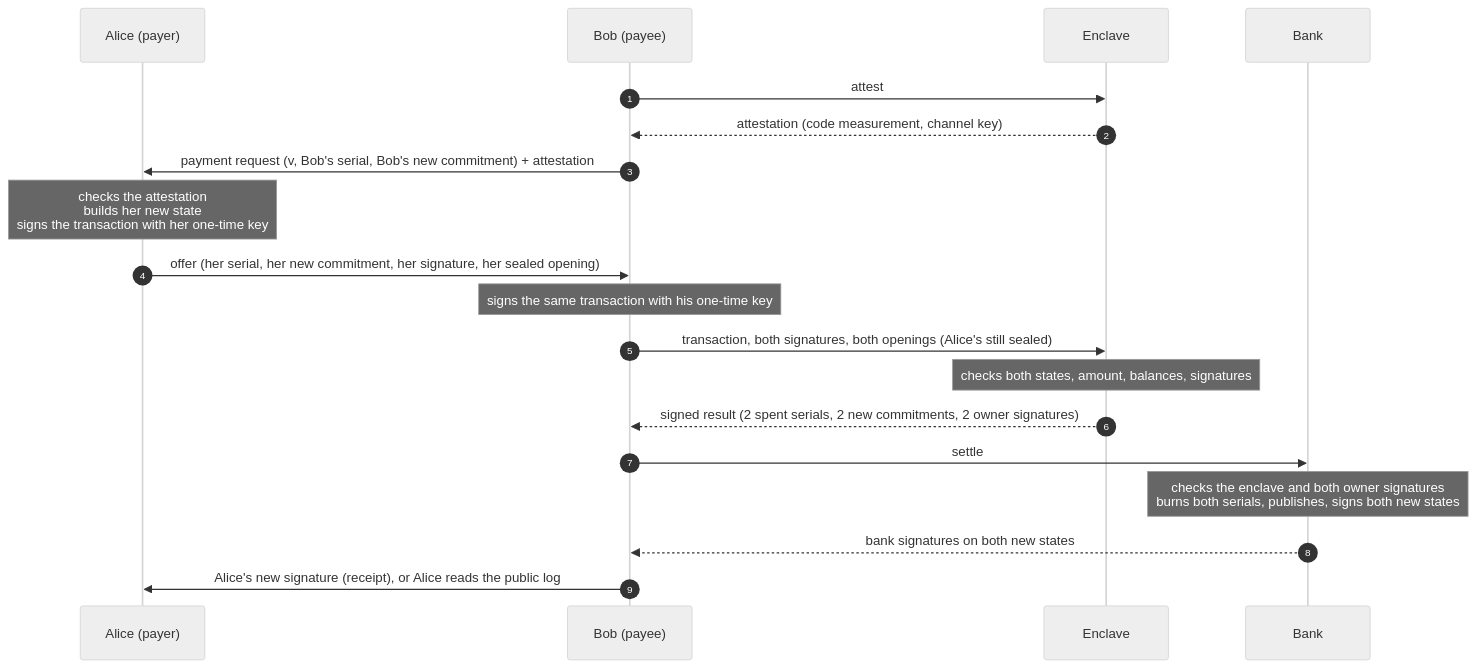
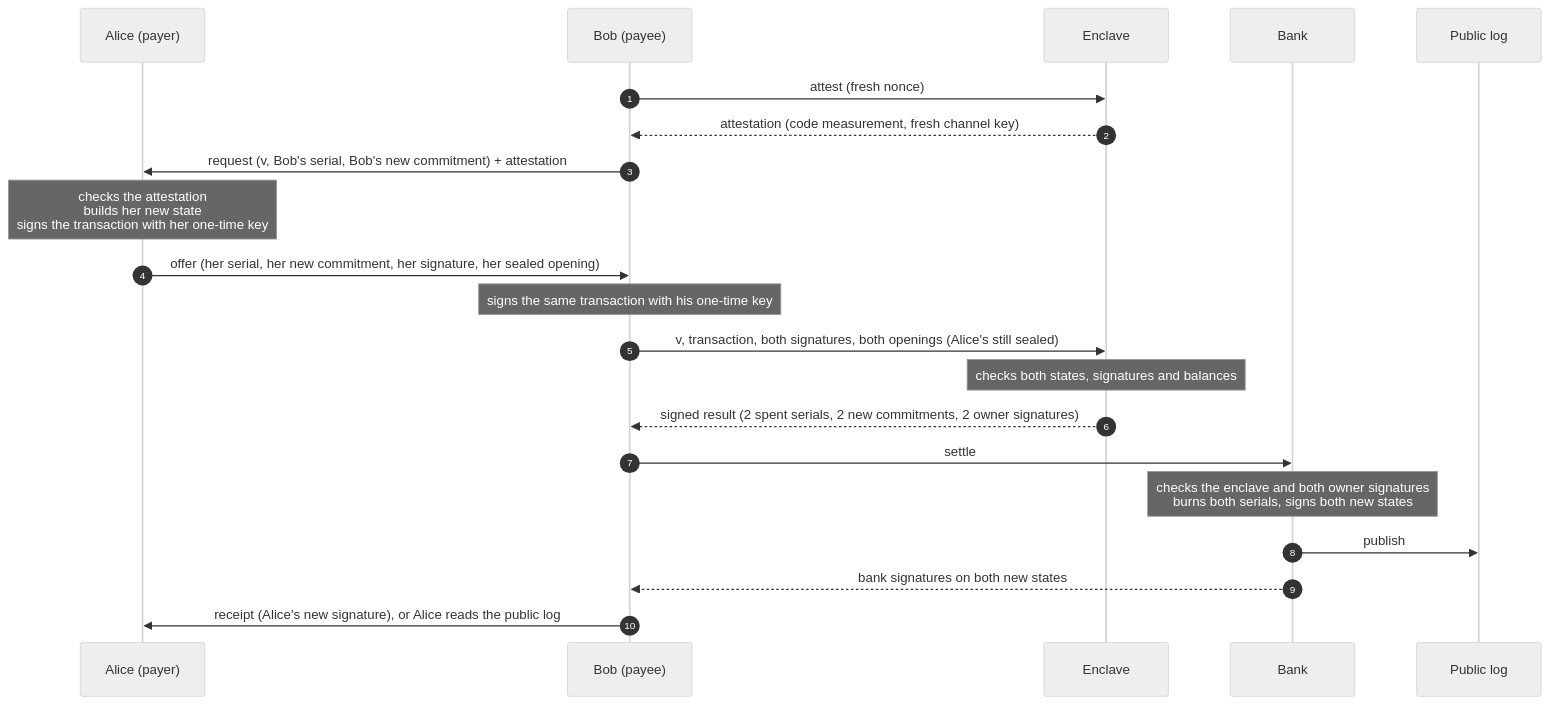
Before and after one commit to alexandre-mrt/thesis-tee-private-payments: the second of 2 diagrams in round-1/README.md, drawn with Mermaid (neutral theme). The commit also changed other lines of this file and 9 other files, not shown here.

Commit message:
docs(round-1): final review fixes: check order and uniform refusal, per-payment channel key, refresh and issuance, Platypus accuracy

````diff
--- a/round-1/README.md
+++ b/round-1/README.md
@@ -87,21 +96,23 @@
 ```mermaid
 sequenceDiagram
   autonumber
   participant A as Alice (payer)
   participant B as Bob (payee)
   participant E as Enclave
   participant K as Bank
-  B->>E: attest
-  E-->>B: attestation (code measurement, channel key)
-  B->>A: payment request (v, Bob's serial, Bob's new commitment) + attestation
+  participant L as Public log
+  B->>E: attest (fresh nonce)
+  E-->>B: attestation (code measurement, fresh channel key)
+  B->>A: request (v, Bob's serial, Bob's new commitment) + attestation
   Note over A: checks the attestation<br/>builds her new state<br/>signs the transaction with her one-time key
   A->>B: offer (her serial, her new commitment, her signature, her sealed opening)
   Note over B: signs the same transaction with his one-time key
-  B->>E: transaction, both signatures, both openings (Alice's still sealed)
-  Note over E: checks both states, amount, balances, signatures
+  B->>E: v, transaction, both signatures, both openings (Alice's still sealed)
+  Note over E: checks both states, signatures and balances
   E-->>B: signed result (2 spent serials, 2 new commitments, 2 owner signatures)
   B->>K: settle
-  Note over K: checks the enclave and both owner signatures<br/>burns both serials, publishes, signs both new states
+  Note over K: checks the enclave and both owner signatures<br/>burns both serials, signs both new states
+  K->>L: publish
   K-->>B: bank signatures on both new states
-  B->>A: Alice's new signature (receipt), or Alice reads the public log
+  B->>A: receipt (Alice's new signature), or Alice reads the public log
 ```
````
